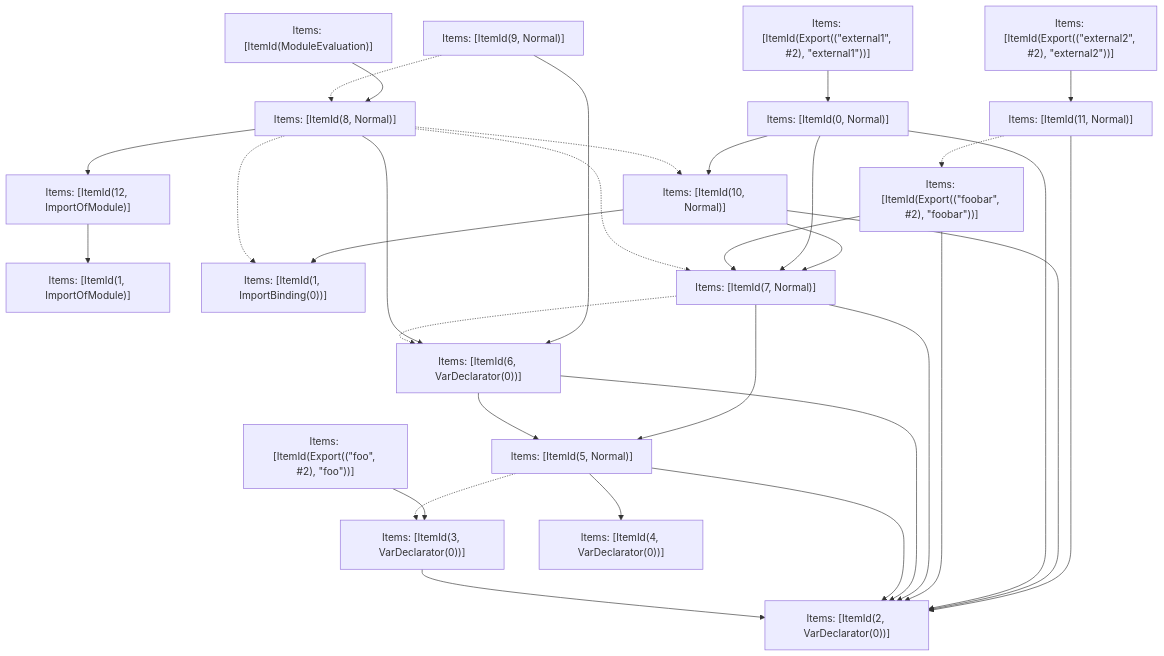
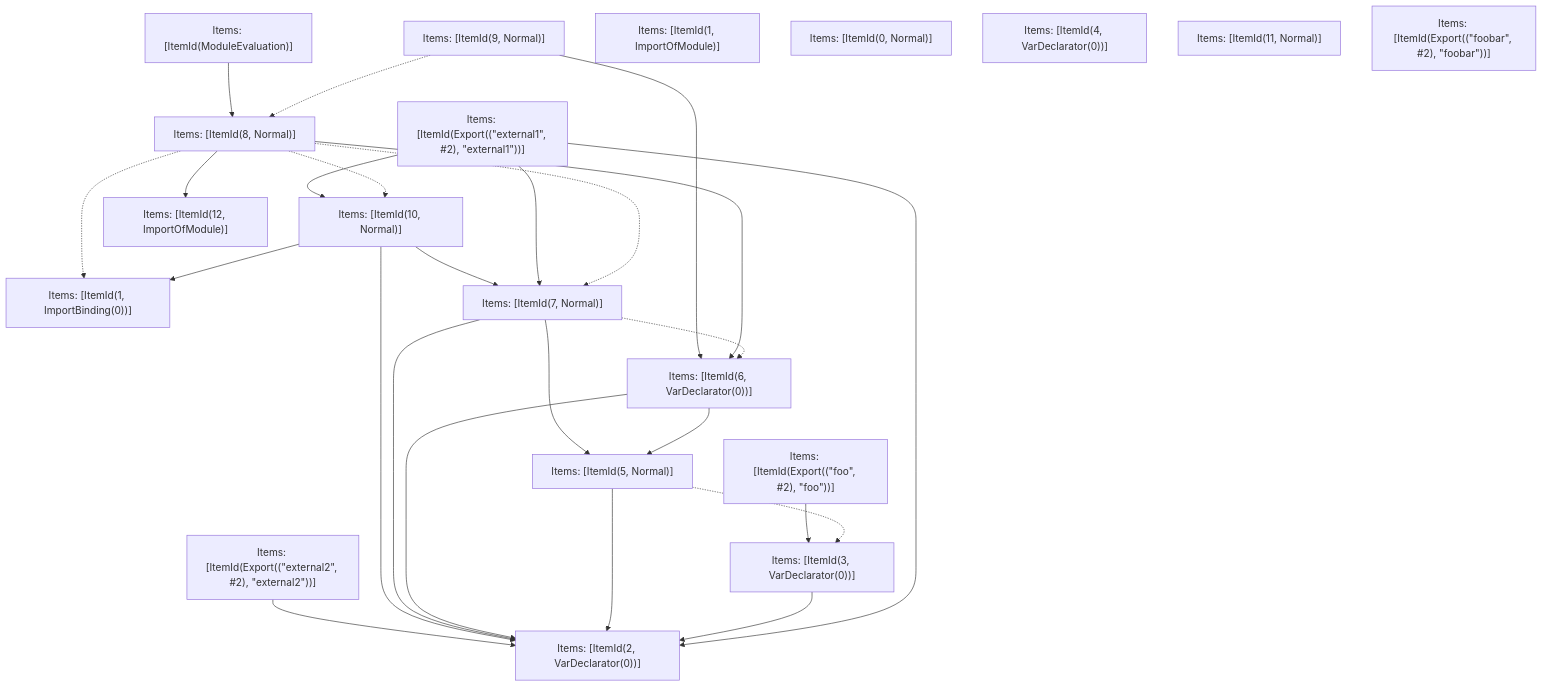
One commit to Sonar-UX-Testing-FreePlan/next.js changed the fifth of 5 diagrams in turbopack/crates/turbopack-ecmascript/tests/tree-shaker/analyzer/2/output.md. Above: the diagram before and after it, drawn with Mermaid. The commit also changed other lines of this file and 38 other files, not shown here.

````diff
--- a/turbopack/crates/turbopack-ecmascript/tests/tree-shaker/analyzer/2/output.md
+++ b/turbopack/crates/turbopack-ecmascript/tests/tree-shaker/analyzer/2/output.md
@@ -356,53 +356,46 @@
 ```mermaid
 graph TD
     N0["Items: [ItemId(ModuleEvaluation)]"];
     N1["Items: [ItemId(Export((&quot;external1&quot;, #2), &quot;external1&quot;))]"];
     N2["Items: [ItemId(Export((&quot;external2&quot;, #2), &quot;external2&quot;))]"];
     N3["Items: [ItemId(Export((&quot;foo&quot;, #2), &quot;foo&quot;))]"];
-    N4["Items: [ItemId(Export((&quot;foobar&quot;, #2), &quot;foobar&quot;))]"];
-    N5["Items: [ItemId(0, Normal)]"];
-    N6["Items: [ItemId(1, ImportOfModule)]"];
-    N7["Items: [ItemId(1, ImportBinding(0))]"];
-    N8["Items: [ItemId(2, VarDeclarator(0))]"];
-    N9["Items: [ItemId(3, VarDeclarator(0))]"];
-    N10["Items: [ItemId(4, VarDeclarator(0))]"];
-    N11["Items: [ItemId(5, Normal)]"];
-    N12["Items: [ItemId(6, VarDeclarator(0))]"];
-    N13["Items: [ItemId(7, Normal)]"];
-    N14["Items: [ItemId(8, Normal)]"];
-    N15["Items: [ItemId(9, Normal)]"];
-    N16["Items: [ItemId(10, Normal)]"];
+    N4["Items: [ItemId(1, ImportBinding(0))]"];
+    N5["Items: [ItemId(2, VarDeclarator(0))]"];
+    N6["Items: [ItemId(3, VarDeclarator(0))]"];
+    N7["Items: [ItemId(5, Normal)]"];
+    N8["Items: [ItemId(6, VarDeclarator(0))]"];
+    N9["Items: [ItemId(7, Normal)]"];
+    N10["Items: [ItemId(8, Normal)]"];
+    N11["Items: [ItemId(9, Normal)]"];
+    N12["Items: [ItemId(10, Normal)]"];
+    N13["Items: [ItemId(12, ImportOfModule)]"];
+    N14["Items: [ItemId(1, ImportOfModule)]"];
+    N15["Items: [ItemId(0, Normal)]"];
+    N16["Items: [ItemId(4, VarDeclarator(0))]"];
     N17["Items: [ItemId(11, Normal)]"];
-    N18["Items: [ItemId(12, ImportOfModule)]"];
-    N18 --> N6;
-    N9 --> N8;
-    N11 --> N10;
+    N18["Items: [ItemId(Export((&quot;foobar&quot;, #2), &quot;foobar&quot;))]"];
+    N1 --> N5;
+    N6 --> N5;
+    N12 --> N4;
+    N7 --> N5;
+    N7 -.-> N6;
+    N8 --> N7;
+    N8 --> N5;
+    N9 --> N7;
+    N9 --> N5;
+    N9 -.-> N8;
+    N10 --> N8;
+    N10 --> N13;
+    N10 -.-> N12;
+    N10 -.-> N9;
+    N10 -.-> N4;
     N11 --> N8;
-    N11 -.-> N9;
-    N12 --> N11;
-    N12 --> N8;
-    N13 --> N11;
-    N13 --> N8;
-    N13 -.-> N12;
-    N14 --> N12;
-    N14 --> N18;
-    N14 -.-> N16;
-    N14 -.-> N13;
-    N14 -.-> N7;
-    N15 --> N12;
-    N15 -.-> N14;
-    N1 --> N5;
-    N4 --> N13;
-    N4 --> N8;
-    N3 --> N9;
-    N2 --> N17;
-    N5 --> N16;
-    N5 --> N13;
-    N5 --> N8;
-    N16 --> N7;
-    N16 --> N13;
-    N16 --> N8;
-    N17 -.-> N4;
-    N17 --> N8;
-    N0 --> N14;
+    N11 -.-> N10;
+    N0 --> N10;
+    N1 --> N9;
+    N1 --> N12;
+    N3 --> N6;
+    N12 --> N9;
+    N12 --> N5;
+    N2 --> N5;
 ```
````
